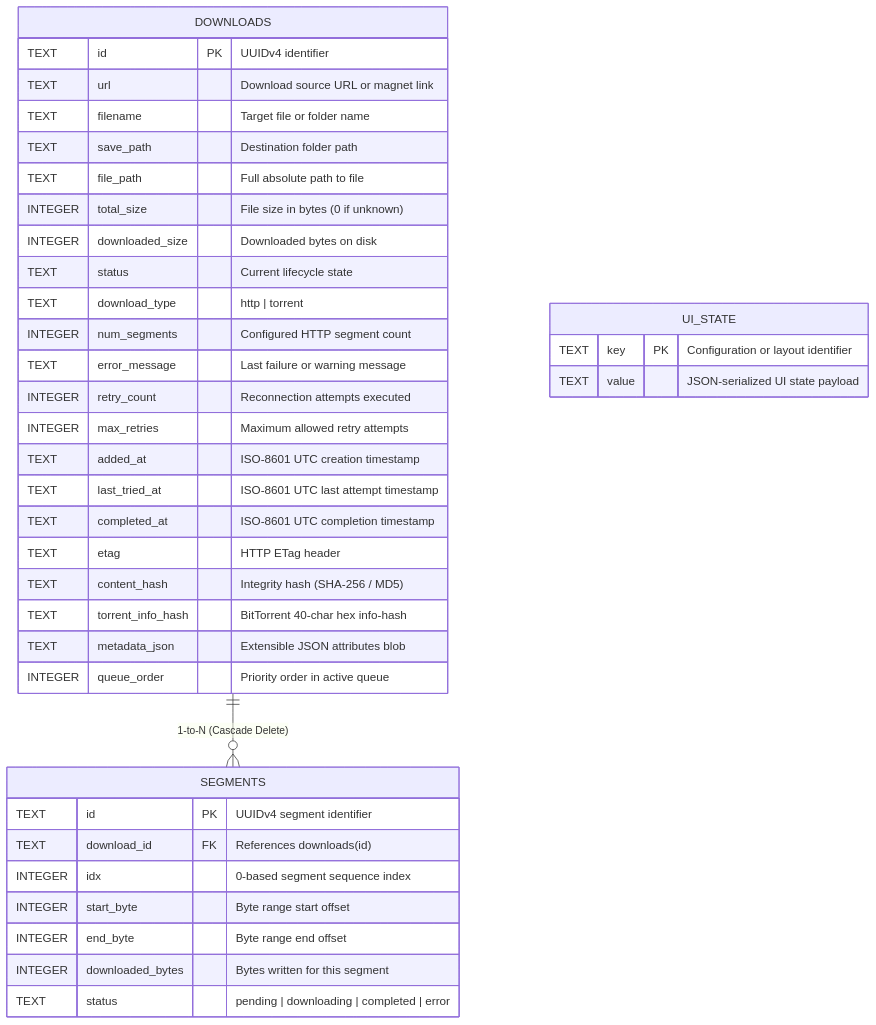
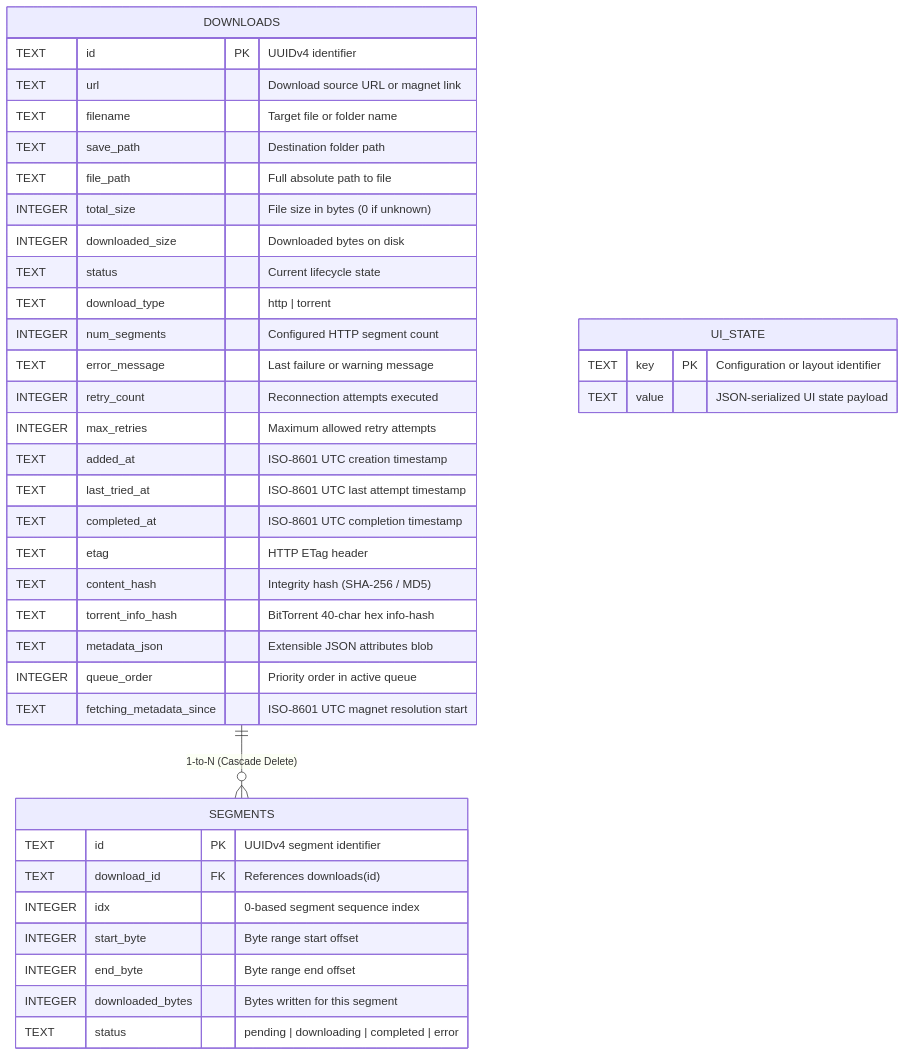
The diagram in docs/architecture/database.md (rakeshmalik91/my-idm), drawn with Mermaid before and after one commit. The commit also changed other lines of this file and 10 other files, not shown here.

````diff
--- a/docs/architecture/database.md
+++ b/docs/architecture/database.md
@@ -27,43 +27,44 @@
 ```mermaid
 erDiagram
     DOWNLOADS ||--o{ SEGMENTS : "1-to-N (Cascade Delete)"
     
     DOWNLOADS {
         TEXT id PK "UUIDv4 identifier"
         TEXT url "Download source URL or magnet link"
         TEXT filename "Target file or folder name"
         TEXT save_path "Destination folder path"
         TEXT file_path "Full absolute path to file"
         INTEGER total_size "File size in bytes (0 if unknown)"
         INTEGER downloaded_size "Downloaded bytes on disk"
         TEXT status "Current lifecycle state"
         TEXT download_type "http | torrent"
         INTEGER num_segments "Configured HTTP segment count"
         TEXT error_message "Last failure or warning message"
         INTEGER retry_count "Reconnection attempts executed"
         INTEGER max_retries "Maximum allowed retry attempts"
         TEXT added_at "ISO-8601 UTC creation timestamp"
         TEXT last_tried_at "ISO-8601 UTC last attempt timestamp"
         TEXT completed_at "ISO-8601 UTC completion timestamp"
         TEXT etag "HTTP ETag header"
         TEXT content_hash "Integrity hash (SHA-256 / MD5)"
         TEXT torrent_info_hash "BitTorrent 40-char hex info-hash"
         TEXT metadata_json "Extensible JSON attributes blob"
         INTEGER queue_order "Priority order in active queue"
+        TEXT fetching_metadata_since "ISO-8601 UTC magnet resolution start"
     }
 
     SEGMENTS {
         TEXT id PK "UUIDv4 segment identifier"
         TEXT download_id FK "References downloads(id)"
         INTEGER idx "0-based segment sequence index"
         INTEGER start_byte "Byte range start offset"
         INTEGER end_byte "Byte range end offset"
         INTEGER downloaded_bytes "Bytes written for this segment"
         TEXT status "pending | downloading | completed | error"
     }
 
     UI_STATE {
         TEXT key PK "Configuration or layout identifier"
         TEXT value "JSON-serialized UI state payload"
     }
 ```
````
